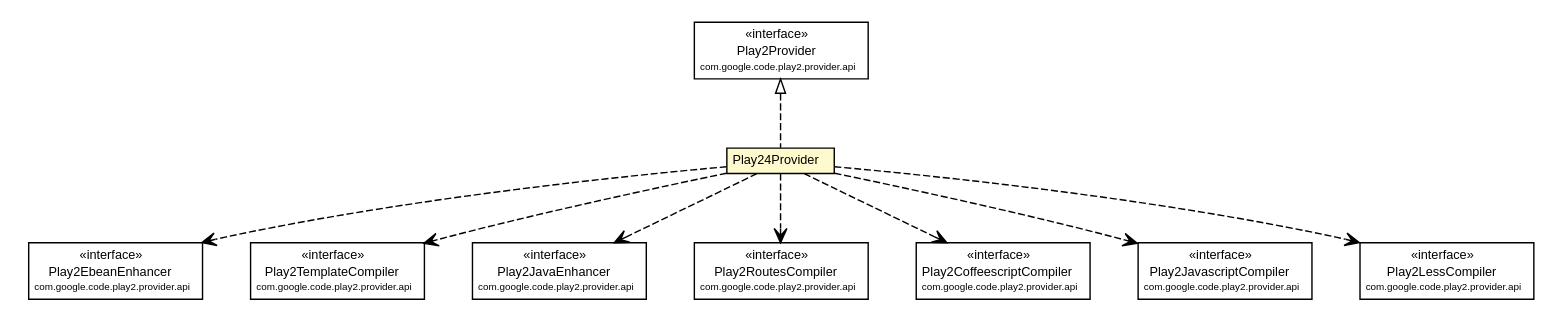
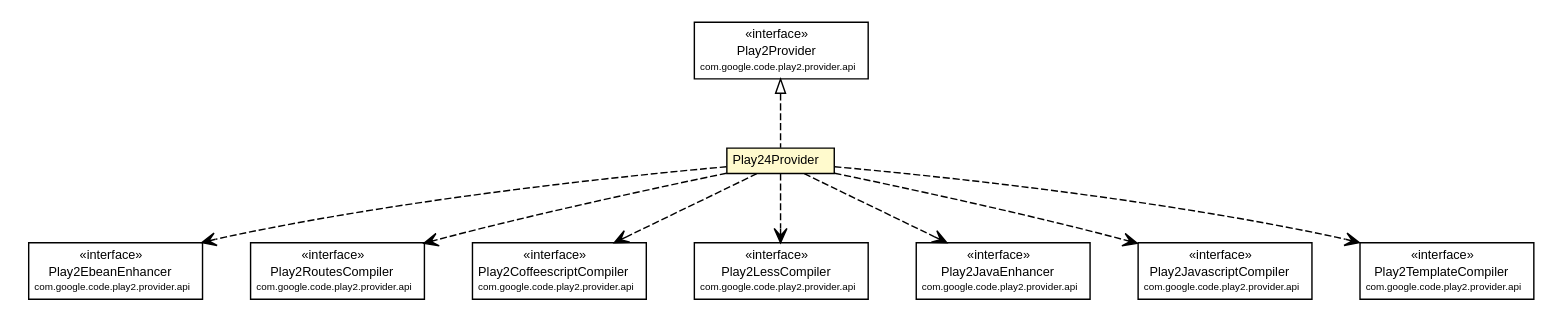
Before and after one commit to wouterhardeman/play2-maven-plugin: the diagram in mavensite/1.0.0-beta1-SNAPSHOT/play2-providers/play2-provider-play24/apidocs/com/google/code/play2/provider/play24/Play24Provider.dot, drawn with Graphviz. The commit also changed 139 other files, not shown here.

Commit message:
Public site for version "1.0.0-beta1-SNAPSHOT" updated.

```diff
--- a/mavensite/1.0.0-beta1-SNAPSHOT/play2-providers/play2-provider-play24/apidocs/com/google/code/play2/provider/play24/Play24Provider.dot
+++ b/mavensite/1.0.0-beta1-SNAPSHOT/play2-providers/play2-provider-play24/apidocs/com/google/code/play2/provider/play24/Play24Provider.dot
@@ -10,29 +10,29 @@
 	nodesep=0.25;
 	ranksep=0.5;
 	// com.google.code.play2.provider.play24.Play24Provider
-	c177 [label=<<table title="com.google.code.play2.provider.play24.Play24Provider" border="0" cellborder="1" cellspacing="0" cellpadding="2" port="p" bgcolor="lemonChiffon" href="./Play24Provider.html">
+	c178 [label=<<table title="com.google.code.play2.provider.play24.Play24Provider" border="0" cellborder="1" cellspacing="0" cellpadding="2" port="p" bgcolor="lemonChiffon" href="./Play24Provider.html">
 		<tr><td><table border="0" cellspacing="0" cellpadding="1">
 <tr><td align="center" balign="center"> Play24Provider </td></tr>
 		</table></td></tr>
 		</table>>, URL="./Play24Provider.html", fontname="arial", fontcolor="black", fontsize=9.0];
 	//com.google.code.play2.provider.play24.Play24Provider implements com.google.code.play2.provider.api.Play2Provider
-	c186:p -> c177:p [dir=back,arrowtail=empty,style=dashed];
+	c187:p -> c178:p [dir=back,arrowtail=empty,style=dashed];
 	// com.google.code.play2.provider.play24.Play24Provider DEPEND com.google.code.play2.provider.api.Play2EbeanEnhancer
-	c177:p -> c187:p [taillabel="", label="", headlabel="", fontname="arial", fontcolor="black", fontsize=10.0, color="black", arrowhead=open, style=dashed];
+	c178:p -> c188:p [taillabel="", label="", headlabel="", fontname="arial", fontcolor="black", fontsize=10.0, color="black", arrowhead=open, style=dashed];
+	// com.google.code.play2.provider.play24.Play24Provider DEPEND com.google.code.play2.provider.api.Play2RoutesCompiler
+	c178:p -> c189:p [taillabel="", label="", headlabel="", fontname="arial", fontcolor="black", fontsize=10.0, color="black", arrowhead=open, style=dashed];
+	// com.google.code.play2.provider.play24.Play24Provider DEPEND com.google.code.play2.provider.api.Play2CoffeescriptCompiler
+	c178:p -> c190:p [taillabel="", label="", headlabel="", fontname="arial", fontcolor="black", fontsize=10.0, color="black", arrowhead=open, style=dashed];
+	// com.google.code.play2.provider.play24.Play24Provider DEPEND com.google.code.play2.provider.api.Play2LessCompiler
+	c178:p -> c191:p [taillabel="", label="", headlabel="", fontname="arial", fontcolor="black", fontsize=10.0, color="black", arrowhead=open, style=dashed];
+	// com.google.code.play2.provider.play24.Play24Provider DEPEND com.google.code.play2.provider.api.Play2JavaEnhancer
+	c178:p -> c192:p [taillabel="", label="", headlabel="", fontname="arial", fontcolor="black", fontsize=10.0, color="black", arrowhead=open, style=dashed];
+	// com.google.code.play2.provider.play24.Play24Provider DEPEND com.google.code.play2.provider.api.Play2JavascriptCompiler
+	c178:p -> c193:p [taillabel="", label="", headlabel="", fontname="arial", fontcolor="black", fontsize=10.0, color="black", arrowhead=open, style=dashed];
 	// com.google.code.play2.provider.play24.Play24Provider DEPEND com.google.code.play2.provider.api.Play2TemplateCompiler
-	c177:p -> c188:p [taillabel="", label="", headlabel="", fontname="arial", fontcolor="black", fontsize=10.0, color="black", arrowhead=open, style=dashed];
-	// com.google.code.play2.provider.play24.Play24Provider DEPEND com.google.code.play2.provider.api.Play2JavaEnhancer
-	c177:p -> c189:p [taillabel="", label="", headlabel="", fontname="arial", fontcolor="black", fontsize=10.0, color="black", arrowhead=open, style=dashed];
-	// com.google.code.play2.provider.play24.Play24Provider DEPEND com.google.code.play2.provider.api.Play2RoutesCompiler
-	c177:p -> c190:p [taillabel="", label="", headlabel="", fontname="arial", fontcolor="black", fontsize=10.0, color="black", arrowhead=open, style=dashed];
-	// com.google.code.play2.provider.play24.Play24Provider DEPEND com.google.code.play2.provider.api.Play2CoffeescriptCompiler
-	c177:p -> c191:p [taillabel="", label="", headlabel="", fontname="arial", fontcolor="black", fontsize=10.0, color="black", arrowhead=open, style=dashed];
-	// com.google.code.play2.provider.play24.Play24Provider DEPEND com.google.code.play2.provider.api.Play2JavascriptCompiler
-	c177:p -> c192:p [taillabel="", label="", headlabel="", fontname="arial", fontcolor="black", fontsize=10.0, color="black", arrowhead=open, style=dashed];
-	// com.google.code.play2.provider.play24.Play24Provider DEPEND com.google.code.play2.provider.api.Play2LessCompiler
-	c177:p -> c193:p [taillabel="", label="", headlabel="", fontname="arial", fontcolor="black", fontsize=10.0, color="black", arrowhead=open, style=dashed];
+	c178:p -> c194:p [taillabel="", label="", headlabel="", fontname="arial", fontcolor="black", fontsize=10.0, color="black", arrowhead=open, style=dashed];
 	// com.google.code.play2.provider.api.Play2EbeanEnhancer
-	c187 [label=<<table title="com.google.code.play2.provider.api.Play2EbeanEnhancer" border="0" cellborder="1" cellspacing="0" cellpadding="2" port="p" href="https://play2-maven-plugin.googlecode.com/svn/mavensite/1.0.0-beta1-SNAPSHOT/play2-provider-api/apidocs/com/google/code/play2/provider/api/Play2EbeanEnhancer.html">
+	c188 [label=<<table title="com.google.code.play2.provider.api.Play2EbeanEnhancer" border="0" cellborder="1" cellspacing="0" cellpadding="2" port="p" href="https://play2-maven-plugin.googlecode.com/svn/mavensite/1.0.0-beta1-SNAPSHOT/play2-provider-api/apidocs/com/google/code/play2/provider/api/Play2EbeanEnhancer.html">
 		<tr><td><table border="0" cellspacing="0" cellpadding="1">
 <tr><td align="center" balign="center"> &#171;interface&#187; </td></tr>
 <tr><td align="center" balign="center"> Play2EbeanEnhancer </td></tr>
@@ -40,7 +40,7 @@
 		</table></td></tr>
 		</table>>, URL="https://play2-maven-plugin.googlecode.com/svn/mavensite/1.0.0-beta1-SNAPSHOT/play2-provider-api/apidocs/com/google/code/play2/provider/api/Play2EbeanEnhancer.html", fontname="arial", fontcolor="black", fontsize=9.0];
 	// com.google.code.play2.provider.api.Play2LessCompiler
-	c193 [label=<<table title="com.google.code.play2.provider.api.Play2LessCompiler" border="0" cellborder="1" cellspacing="0" cellpadding="2" port="p" href="https://play2-maven-plugin.googlecode.com/svn/mavensite/1.0.0-beta1-SNAPSHOT/play2-provider-api/apidocs/com/google/code/play2/provider/api/Play2LessCompiler.html">
+	c191 [label=<<table title="com.google.code.play2.provider.api.Play2LessCompiler" border="0" cellborder="1" cellspacing="0" cellpadding="2" port="p" href="https://play2-maven-plugin.googlecode.com/svn/mavensite/1.0.0-beta1-SNAPSHOT/play2-provider-api/apidocs/com/google/code/play2/provider/api/Play2LessCompiler.html">
 		<tr><td><table border="0" cellspacing="0" cellpadding="1">
 <tr><td align="center" balign="center"> &#171;interface&#187; </td></tr>
 <tr><td align="center" balign="center"> Play2LessCompiler </td></tr>
@@ -48,7 +48,7 @@
 		</table></td></tr>
 		</table>>, URL="https://play2-maven-plugin.googlecode.com/svn/mavensite/1.0.0-beta1-SNAPSHOT/play2-provider-api/apidocs/com/google/code/play2/provider/api/Play2LessCompiler.html", fontname="arial", fontcolor="black", fontsize=9.0];
 	// com.google.code.play2.provider.api.Play2CoffeescriptCompiler
-	c191 [label=<<table title="com.google.code.play2.provider.api.Play2CoffeescriptCompiler" border="0" cellborder="1" cellspacing="0" cellpadding="2" port="p" href="https://play2-maven-plugin.googlecode.com/svn/mavensite/1.0.0-beta1-SNAPSHOT/play2-provider-api/apidocs/com/google/code/play2/provider/api/Play2CoffeescriptCompiler.html">
+	c190 [label=<<table title="com.google.code.play2.provider.api.Play2CoffeescriptCompiler" border="0" cellborder="1" cellspacing="0" cellpadding="2" port="p" href="https://play2-maven-plugin.googlecode.com/svn/mavensite/1.0.0-beta1-SNAPSHOT/play2-provider-api/apidocs/com/google/code/play2/provider/api/Play2CoffeescriptCompiler.html">
 		<tr><td><table border="0" cellspacing="0" cellpadding="1">
 <tr><td align="center" balign="center"> &#171;interface&#187; </td></tr>
 <tr><td align="center" balign="center"> Play2CoffeescriptCompiler </td></tr>
@@ -56,7 +56,7 @@
 		</table></td></tr>
 		</table>>, URL="https://play2-maven-plugin.googlecode.com/svn/mavensite/1.0.0-beta1-SNAPSHOT/play2-provider-api/apidocs/com/google/code/play2/provider/api/Play2CoffeescriptCompiler.html", fontname="arial", fontcolor="black", fontsize=9.0];
 	// com.google.code.play2.provider.api.Play2JavaEnhancer
-	c189 [label=<<table title="com.google.code.play2.provider.api.Play2JavaEnhancer" border="0" cellborder="1" cellspacing="0" cellpadding="2" port="p" href="https://play2-maven-plugin.googlecode.com/svn/mavensite/1.0.0-beta1-SNAPSHOT/play2-provider-api/apidocs/com/google/code/play2/provider/api/Play2JavaEnhancer.html">
+	c192 [label=<<table title="com.google.code.play2.provider.api.Play2JavaEnhancer" border="0" cellborder="1" cellspacing="0" cellpadding="2" port="p" href="https://play2-maven-plugin.googlecode.com/svn/mavensite/1.0.0-beta1-SNAPSHOT/play2-provider-api/apidocs/com/google/code/play2/provider/api/Play2JavaEnhancer.html">
 		<tr><td><table border="0" cellspacing="0" cellpadding="1">
 <tr><td align="center" balign="center"> &#171;interface&#187; </td></tr>
 <tr><td align="center" balign="center"> Play2JavaEnhancer </td></tr>
@@ -64,7 +64,7 @@
 		</table></td></tr>
 		</table>>, URL="https://play2-maven-plugin.googlecode.com/svn/mavensite/1.0.0-beta1-SNAPSHOT/play2-provider-api/apidocs/com/google/code/play2/provider/api/Play2JavaEnhancer.html", fontname="arial", fontcolor="black", fontsize=9.0];
 	// com.google.code.play2.provider.api.Play2RoutesCompiler
-	c190 [label=<<table title="com.google.code.play2.provider.api.Play2RoutesCompiler" border="0" cellborder="1" cellspacing="0" cellpadding="2" port="p" href="https://play2-maven-plugin.googlecode.com/svn/mavensite/1.0.0-beta1-SNAPSHOT/play2-provider-api/apidocs/com/google/code/play2/provider/api/Play2RoutesCompiler.html">
+	c189 [label=<<table title="com.google.code.play2.provider.api.Play2RoutesCompiler" border="0" cellborder="1" cellspacing="0" cellpadding="2" port="p" href="https://play2-maven-plugin.googlecode.com/svn/mavensite/1.0.0-beta1-SNAPSHOT/play2-provider-api/apidocs/com/google/code/play2/provider/api/Play2RoutesCompiler.html">
 		<tr><td><table border="0" cellspacing="0" cellpadding="1">
 <tr><td align="center" balign="center"> &#171;interface&#187; </td></tr>
 <tr><td align="center" balign="center"> Play2RoutesCompiler </td></tr>
@@ -72,7 +72,7 @@
 		</table></td></tr>
 		</table>>, URL="https://play2-maven-plugin.googlecode.com/svn/mavensite/1.0.0-beta1-SNAPSHOT/play2-provider-api/apidocs/com/google/code/play2/provider/api/Play2RoutesCompiler.html", fontname="arial", fontcolor="black", fontsize=9.0];
 	// com.google.code.play2.provider.api.Play2JavascriptCompiler
-	c192 [label=<<table title="com.google.code.play2.provider.api.Play2JavascriptCompiler" border="0" cellborder="1" cellspacing="0" cellpadding="2" port="p" href="https://play2-maven-plugin.googlecode.com/svn/mavensite/1.0.0-beta1-SNAPSHOT/play2-provider-api/apidocs/com/google/code/play2/provider/api/Play2JavascriptCompiler.html">
+	c193 [label=<<table title="com.google.code.play2.provider.api.Play2JavascriptCompiler" border="0" cellborder="1" cellspacing="0" cellpadding="2" port="p" href="https://play2-maven-plugin.googlecode.com/svn/mavensite/1.0.0-beta1-SNAPSHOT/play2-provider-api/apidocs/com/google/code/play2/provider/api/Play2JavascriptCompiler.html">
 		<tr><td><table border="0" cellspacing="0" cellpadding="1">
 <tr><td align="center" balign="center"> &#171;interface&#187; </td></tr>
 <tr><td align="center" balign="center"> Play2JavascriptCompiler </td></tr>
@@ -80,7 +80,7 @@
 		</table></td></tr>
 		</table>>, URL="https://play2-maven-plugin.googlecode.com/svn/mavensite/1.0.0-beta1-SNAPSHOT/play2-provider-api/apidocs/com/google/code/play2/provider/api/Play2JavascriptCompiler.html", fontname="arial", fontcolor="black", fontsize=9.0];
 	// com.google.code.play2.provider.api.Play2Provider
-	c186 [label=<<table title="com.google.code.play2.provider.api.Play2Provider" border="0" cellborder="1" cellspacing="0" cellpadding="2" port="p" href="https://play2-maven-plugin.googlecode.com/svn/mavensite/1.0.0-beta1-SNAPSHOT/play2-provider-api/apidocs/com/google/code/play2/provider/api/Play2Provider.html">
+	c187 [label=<<table title="com.google.code.play2.provider.api.Play2Provider" border="0" cellborder="1" cellspacing="0" cellpadding="2" port="p" href="https://play2-maven-plugin.googlecode.com/svn/mavensite/1.0.0-beta1-SNAPSHOT/play2-provider-api/apidocs/com/google/code/play2/provider/api/Play2Provider.html">
 		<tr><td><table border="0" cellspacing="0" cellpadding="1">
 <tr><td align="center" balign="center"> &#171;interface&#187; </td></tr>
 <tr><td align="center" balign="center"> Play2Provider </td></tr>
@@ -88,7 +88,7 @@
 		</table></td></tr>
 		</table>>, URL="https://play2-maven-plugin.googlecode.com/svn/mavensite/1.0.0-beta1-SNAPSHOT/play2-provider-api/apidocs/com/google/code/play2/provider/api/Play2Provider.html", fontname="arial", fontcolor="black", fontsize=9.0];
 	// com.google.code.play2.provider.api.Play2TemplateCompiler
-	c188 [label=<<table title="com.google.code.play2.provider.api.Play2TemplateCompiler" border="0" cellborder="1" cellspacing="0" cellpadding="2" port="p" href="https://play2-maven-plugin.googlecode.com/svn/mavensite/1.0.0-beta1-SNAPSHOT/play2-provider-api/apidocs/com/google/code/play2/provider/api/Play2TemplateCompiler.html">
+	c194 [label=<<table title="com.google.code.play2.provider.api.Play2TemplateCompiler" border="0" cellborder="1" cellspacing="0" cellpadding="2" port="p" href="https://play2-maven-plugin.googlecode.com/svn/mavensite/1.0.0-beta1-SNAPSHOT/play2-provider-api/apidocs/com/google/code/play2/provider/api/Play2TemplateCompiler.html">
 		<tr><td><table border="0" cellspacing="0" cellpadding="1">
 <tr><td align="center" balign="center"> &#171;interface&#187; </td></tr>
 <tr><td align="center" balign="center"> Play2TemplateCompiler </td></tr>
```
